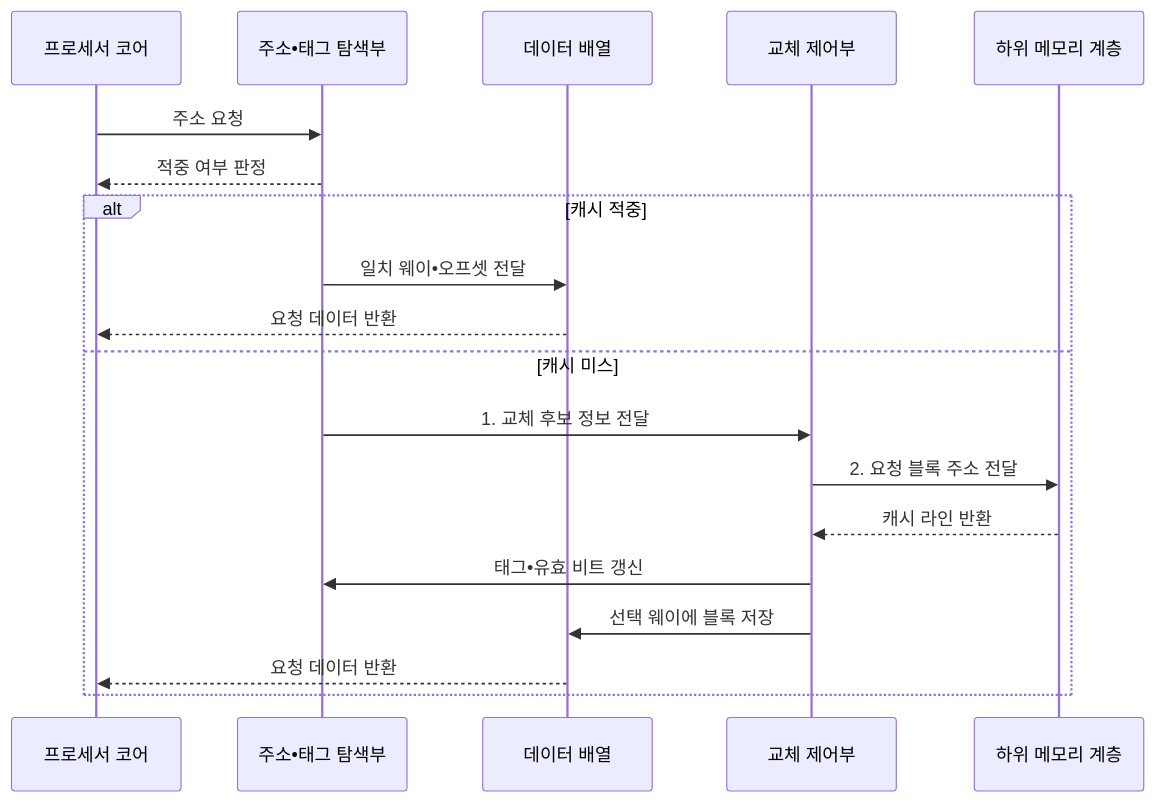
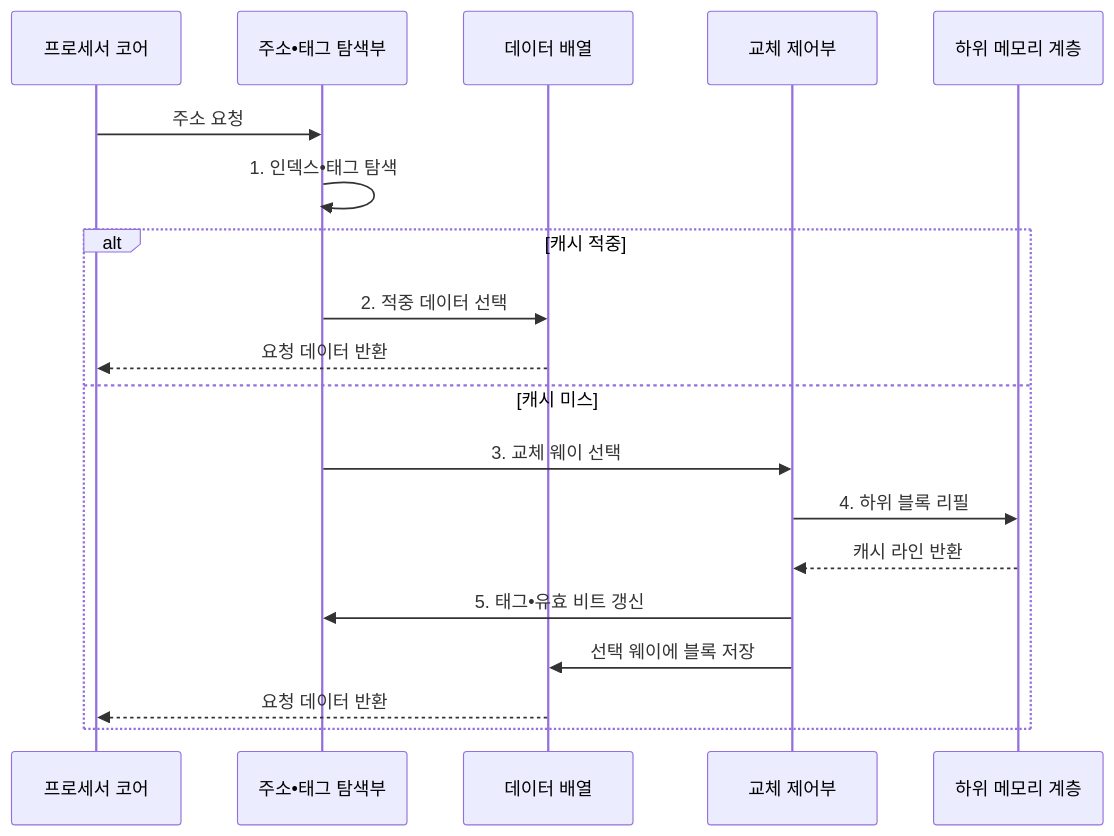
One commit to agnusdei1207/knowledge-base changed the second of 2 diagrams in src/content/docs/notes/02-hardware/012_cache_memory_mapping.md. Above: the diagram before and after it, drawn with Mermaid. The commit also changed other lines of this file and 10 other files, not shown here.

````diff
--- a/src/content/docs/notes/02-hardware/012_cache_memory_mapping.md
+++ b/src/content/docs/notes/02-hardware/012_cache_memory_mapping.md
@@ -112,22 +112,22 @@
 ```mermaid
 sequenceDiagram
     participant C as 프로세서 코어
     participant L as 주소•태그 탐색부
     participant D as 데이터 배열
     participant R as 교체 제어부
     participant M as 하위 메모리 계층
 
     C->>L: 주소 요청
-    L-->>C: 적중 여부 판정
+    L->>L: 1. 인덱스•태그 탐색
     alt 캐시 적중
-        L->>D: 일치 웨이•오프셋 전달
+        L->>D: 2. 적중 데이터 선택
         D-->>C: 요청 데이터 반환
     else 캐시 미스
-        L->>R: 1. 교체 후보 정보 전달
-        R->>M: 2. 요청 블록 주소 전달
+        L->>R: 3. 교체 웨이 선택
+        R->>M: 4. 하위 블록 리필
         M-->>R: 캐시 라인 반환
-        R->>L: 태그•유효 비트 갱신
+        R->>L: 5. 태그•유효 비트 갱신
         R->>D: 선택 웨이에 블록 저장
         D-->>C: 요청 데이터 반환
     end
 ```
````
